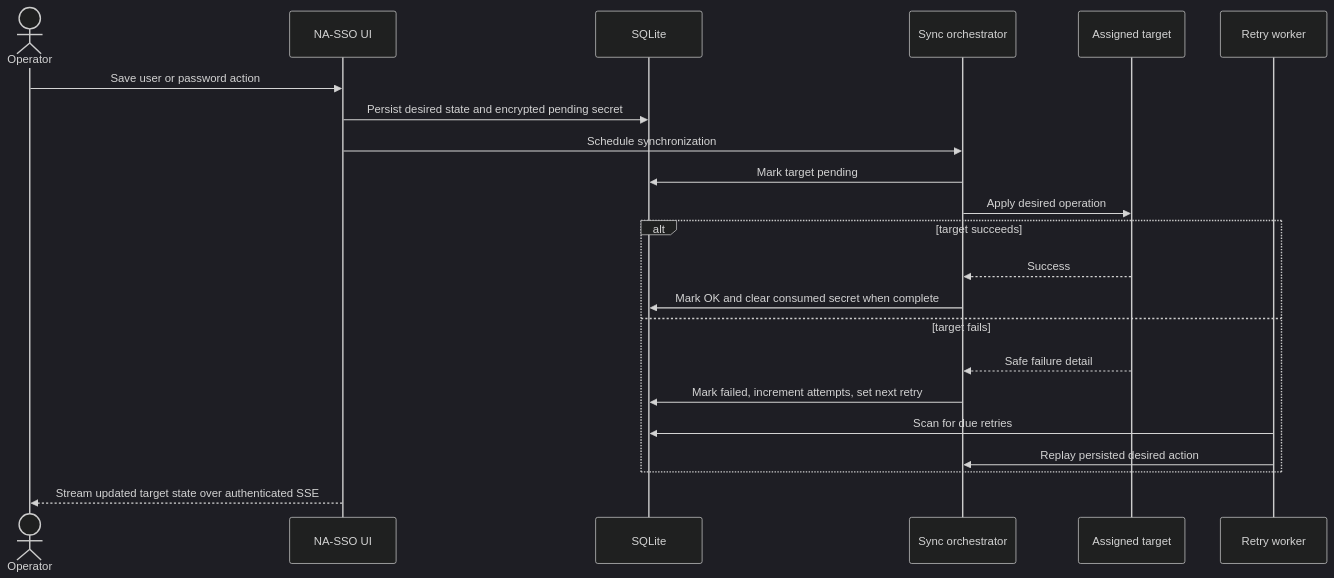
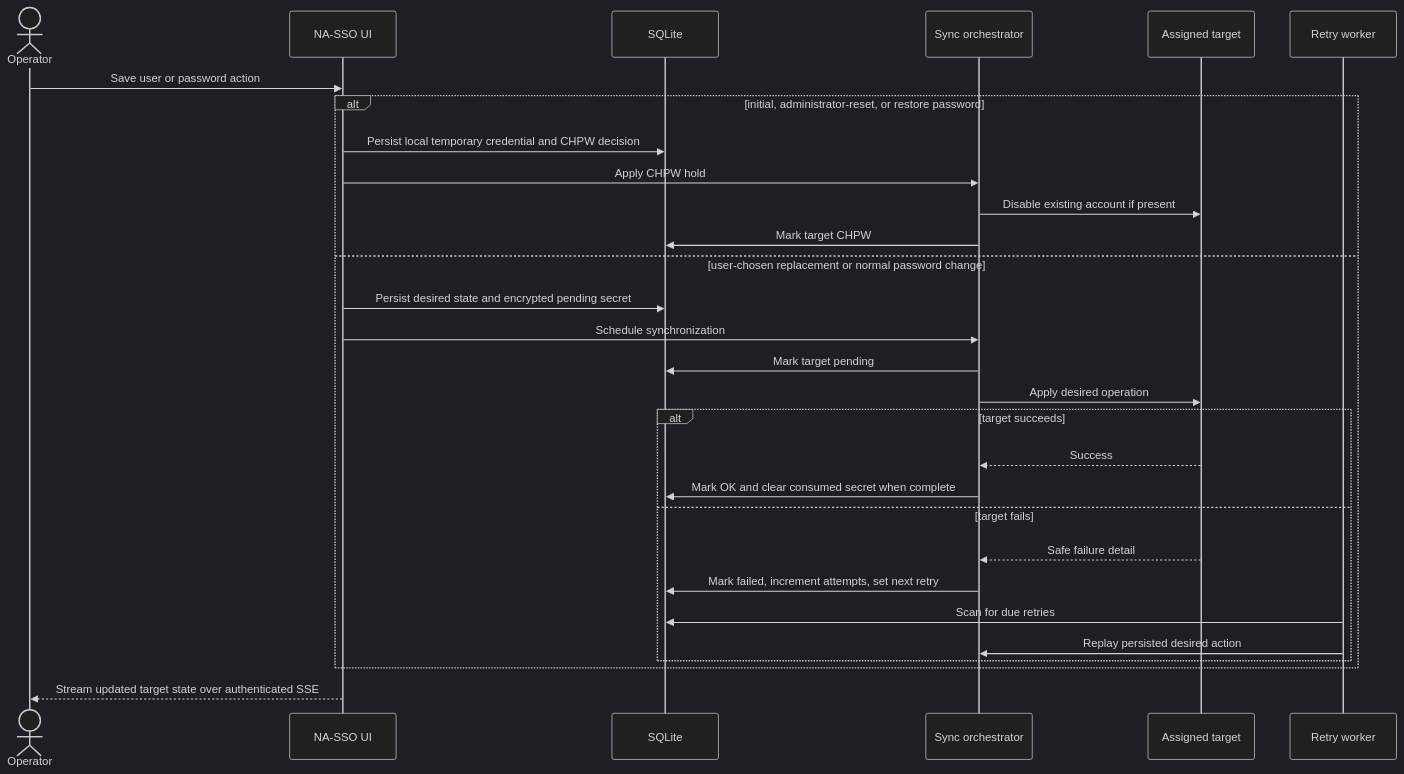
One commit to jpbaking/na-sso changed the fourth of 4 diagrams in docs/DEVELOPER.md. Above: the diagram before and after it, drawn with Mermaid (dark theme). The commit also changed other lines of this file and 5 other files, not shown here.

````diff
--- a/docs/DEVELOPER.md
+++ b/docs/DEVELOPER.md
@@ -118,25 +130,32 @@
 ```mermaid
 sequenceDiagram
     actor Operator
     participant UI as NA-SSO UI
     participant DB as SQLite
     participant Sync as Sync orchestrator
     participant Target as Assigned target
     participant Worker as Retry worker
 
     Operator->>UI: Save user or password action
-    UI->>DB: Persist desired state and encrypted pending secret
-    UI->>Sync: Schedule synchronization
-    Sync->>DB: Mark target pending
-    Sync->>Target: Apply desired operation
-    alt target succeeds
-        Target-->>Sync: Success
-        Sync->>DB: Mark OK and clear consumed secret when complete
-    else target fails
-        Target-->>Sync: Safe failure detail
-        Sync->>DB: Mark failed, increment attempts, set next retry
-        Worker->>DB: Scan for due retries
-        Worker->>Sync: Replay persisted desired action
+    alt initial, administrator-reset, or restore password
+        UI->>DB: Persist local temporary credential and CHPW decision
+        UI->>Sync: Apply CHPW hold
+        Sync->>Target: Disable existing account if present
+        Sync->>DB: Mark target CHPW
+    else user-chosen replacement or normal password change
+        UI->>DB: Persist desired state and encrypted pending secret
+        UI->>Sync: Schedule synchronization
+        Sync->>DB: Mark target pending
+        Sync->>Target: Apply desired operation
+        alt target succeeds
+            Target-->>Sync: Success
+            Sync->>DB: Mark OK and clear consumed secret when complete
+        else target fails
+            Target-->>Sync: Safe failure detail
+            Sync->>DB: Mark failed, increment attempts, set next retry
+            Worker->>DB: Scan for due retries
+            Worker->>Sync: Replay persisted desired action
+        end
     end
     UI-->>Operator: Stream updated target state over authenticated SSE
 ```
````
